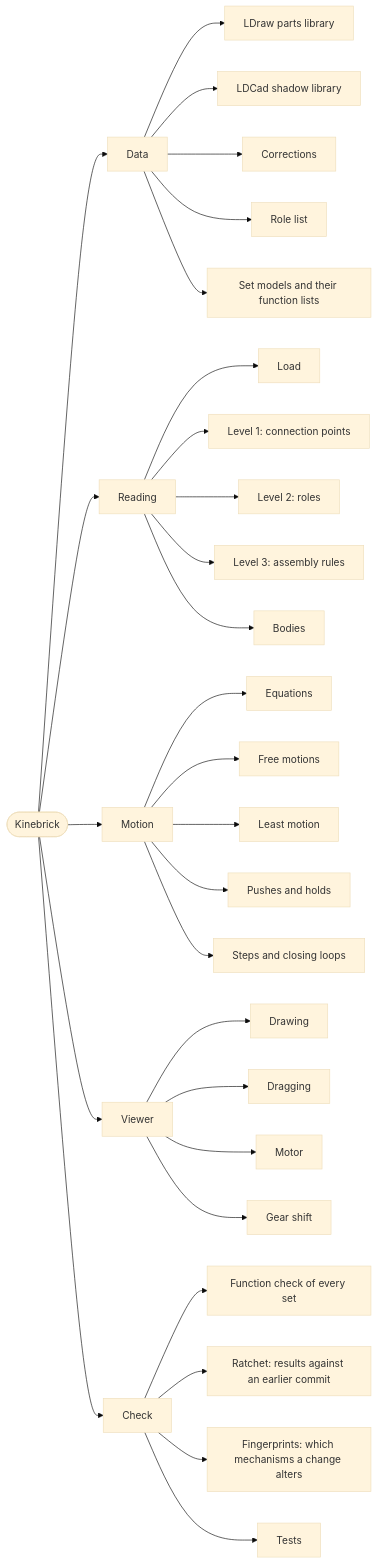
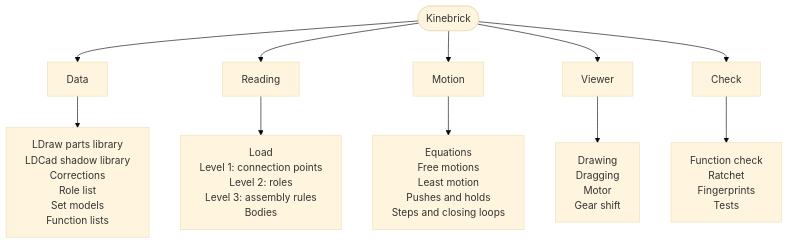
Before and after one commit to erik-larsen/kinebrick: the third of 3 diagrams in ARCHITECTURE.md, drawn with Mermaid (base theme). The commit also changed other lines of this file, not shown here.

Commit message:
The overview's drawings in ARCHITECTURE.md are more compact: the tree lists each branch's pieces in one box, and boxes wrap their text later

````diff
--- a/ARCHITECTURE.md
+++ b/ARCHITECTURE.md
@@ -78,32 +80,15 @@
 ```mermaid
-flowchart LR
+%%{init: {'flowchart': {'wrappingWidth': 320}}}%%
+flowchart TD
   k(["Kinebrick"])
   k --> data["Data"]
   k --> reading["Reading"]
   k --> motion["Motion"]
   k --> viewer["Viewer"]
   k --> check["Check"]
-  data --> d1["LDraw parts library"]
-  data --> d2["LDCad shadow library"]
-  data --> d3["Corrections"]
-  data --> d4["Role list"]
-  data --> d5["Set models and their function lists"]
-  reading --> r1["Load"]
-  reading --> r2["Level 1: connection points"]
-  reading --> r3["Level 2: roles"]
-  reading --> r4["Level 3: assembly rules"]
-  reading --> r5["Bodies"]
-  motion --> m1["Equations"]
-  motion --> m2["Free motions"]
-  motion --> m3["Least motion"]
-  motion --> m4["Pushes and holds"]
-  motion --> m5["Steps and closing loops"]
-  viewer --> v1["Drawing"]
-  viewer --> v2["Dragging"]
-  viewer --> v3["Motor"]
-  viewer --> v4["Gear shift"]
-  check --> c1["Function check of every set"]
-  check --> c2["Ratchet: results against an earlier commit"]
-  check --> c3["Fingerprints: which mechanisms a change alters"]
-  check --> c4["Tests"]
+  data --> d["LDraw parts library<br/>LDCad shadow library<br/>Corrections<br/>Role list<br/>Set models<br/>Function lists"]
+  reading --> r["Load<br/>Level 1: connection points<br/>Level 2: roles<br/>Level 3: assembly rules<br/>Bodies"]
+  motion --> m["Equations<br/>Free motions<br/>Least motion<br/>Pushes and holds<br/>Steps and closing loops"]
+  viewer --> v["Drawing<br/>Dragging<br/>Motor<br/>Gear shift"]
+  check --> c["Function check<br/>Ratchet<br/>Fingerprints<br/>Tests"]
 ```
````
